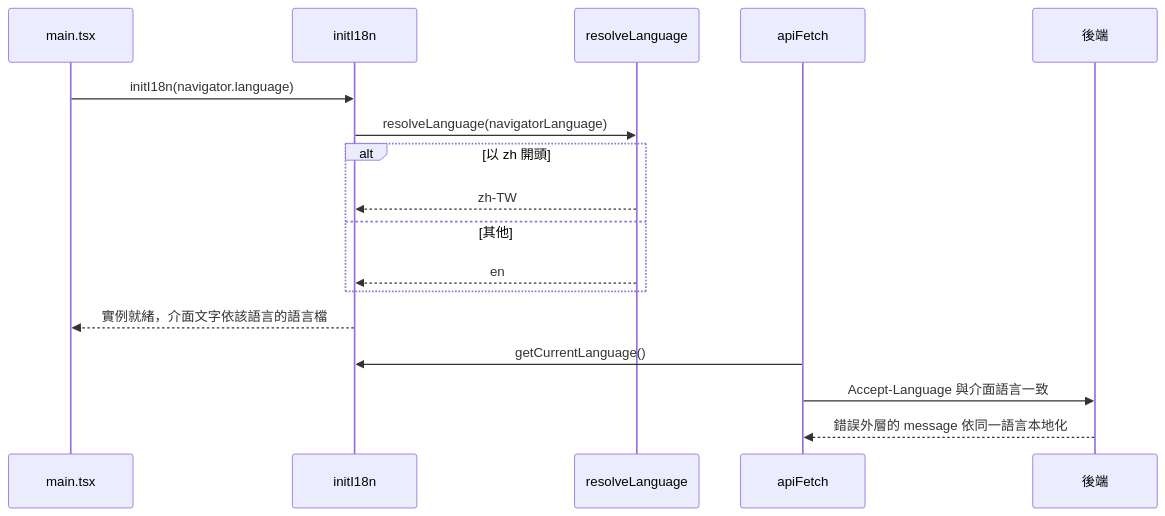
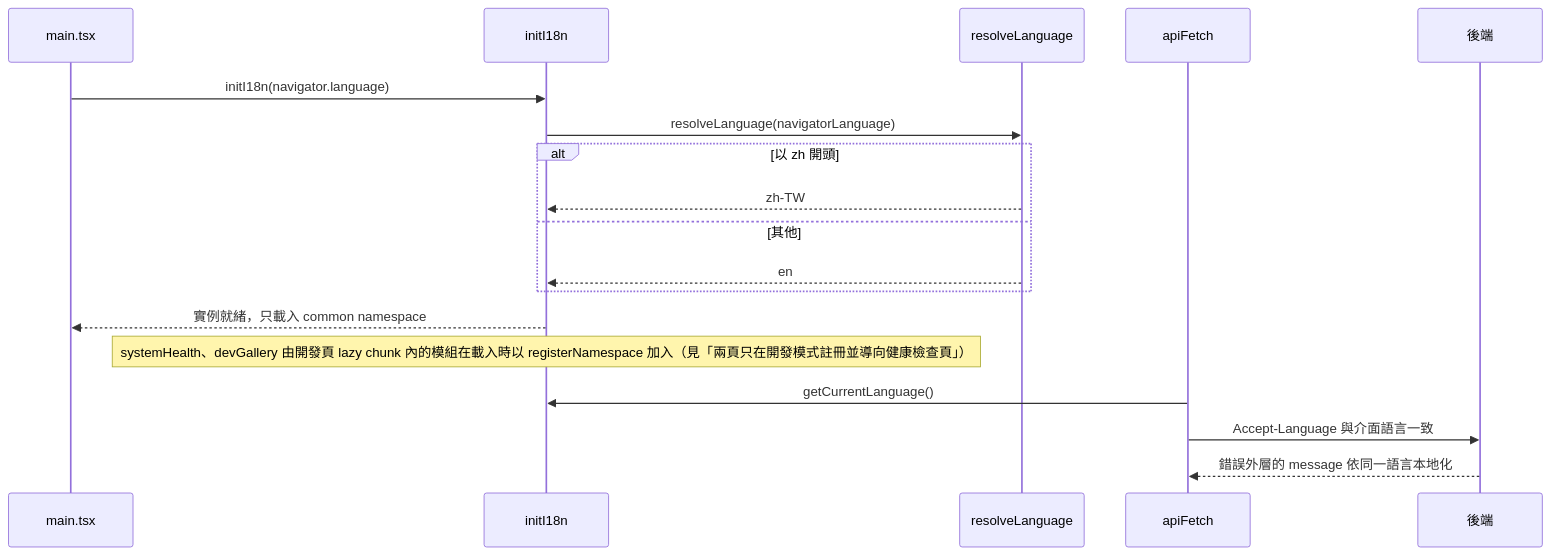
Before and after one commit to label-suite/label-suite: diagram 11 of 14 in openspec/changes/frontend-skeleton/system-design.md, drawn with Mermaid. The commit also changed other lines of this file and 2 other files, not shown here.

````diff
--- a/openspec/changes/frontend-skeleton/system-design.md
+++ b/openspec/changes/frontend-skeleton/system-design.md
@@ -733,19 +773,20 @@
 ```mermaid
 sequenceDiagram
   participant Main as main.tsx
   participant I18n as initI18n
   participant Resolve as resolveLanguage
   participant Mut as apiFetch
   participant Net as 後端
   Main->>I18n: initI18n(navigator.language)
   I18n->>Resolve: resolveLanguage(navigatorLanguage)
   alt 以 zh 開頭
     Resolve-->>I18n: zh-TW
   else 其他
     Resolve-->>I18n: en
   end
-  I18n-->>Main: 實例就緒，介面文字依該語言的語言檔
+  I18n-->>Main: 實例就緒，只載入 common namespace
+  Note over I18n: systemHealth、devGallery 由開發頁 lazy chunk 內的模組在載入時以 registerNamespace 加入（見「兩頁只在開發模式註冊並導向健康檢查頁」）
   Mut->>I18n: getCurrentLanguage()
   Mut->>Net: Accept-Language 與介面語言一致
   Net-->>Mut: 錯誤外層的 message 依同一語言本地化
 ```
````
